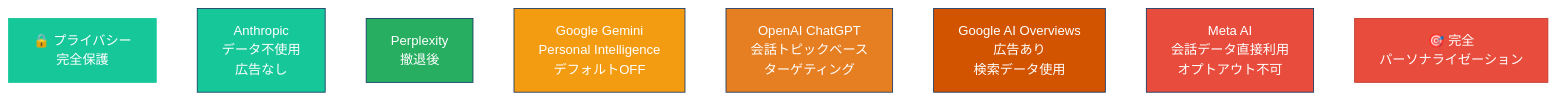
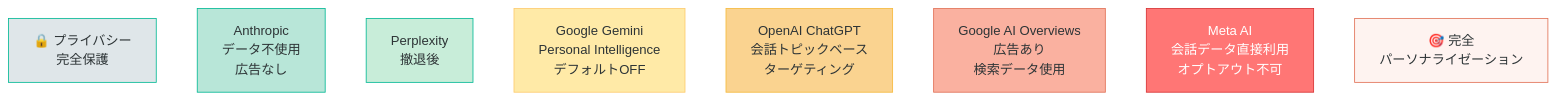
Before and after one commit to Leading-AI-IO/advertising-redesigned: the sixth of 9 diagrams in docs/jp/advertising_redesigned_jp.md, drawn with Mermaid. The commit also changed other lines of this file, not shown here.

````diff
--- a/docs/jp/advertising_redesigned_jp.md
+++ b/docs/jp/advertising_redesigned_jp.md
@@ -906,23 +906,23 @@
 ```mermaid
 flowchart LR
     LEFT["🔒 プライバシー\n完全保護"]
     RIGHT["🎯 完全\nパーソナライゼーション"]
 
     LEFT ~~~ A1 ~~~ A2 ~~~ A3 ~~~ A4 ~~~ A5 ~~~ A6 ~~~ RIGHT
 
     A1["Anthropic\nデータ不使用\n広告なし"]
     A2["Perplexity\n撤退後"]
     A3["Google Gemini\nPersonal Intelligence\nデフォルトOFF"]
     A4["OpenAI ChatGPT\n会話トピックベース\nターゲティング"]
     A5["Google AI Overviews\n広告あり\n検索データ使用"]
     A6["Meta AI\n会話データ直接利用\nオプトアウト不可"]
 
-    style LEFT fill:#16c79a,stroke:#16c79a,color:#fff
-    style RIGHT fill:#e74c3c,stroke:#c0392b,color:#fff
-    style A1 fill:#16c79a,stroke:#0f3460,color:#fff
-    style A2 fill:#27ae60,stroke:#0f3460,color:#fff
-    style A3 fill:#f39c12,stroke:#0f3460,color:#fff
-    style A4 fill:#e67e22,stroke:#0f3460,color:#fff
-    style A5 fill:#d35400,stroke:#0f3460,color:#fff
-    style A6 fill:#e74c3c,stroke:#0f3460,color:#fff
+    style LEFT fill:#dfe6e9,stroke:#00b894,color:#2d3436
+    style RIGHT fill:#fef3f0,stroke:#e17055,color:#2d3436
+    style A1 fill:#b8e6d8,stroke:#00b894,color:#2d3436
+    style A2 fill:#c8edd9,stroke:#00b894,color:#2d3436
+    style A3 fill:#ffeaa7,stroke:#fdcb6e,color:#2d3436
+    style A4 fill:#fad390,stroke:#f6b93b,color:#2d3436
+    style A5 fill:#fab1a0,stroke:#e17055,color:#2d3436
+    style A6 fill:#ff7675,stroke:#d63031,color:#fff
 ```
````
